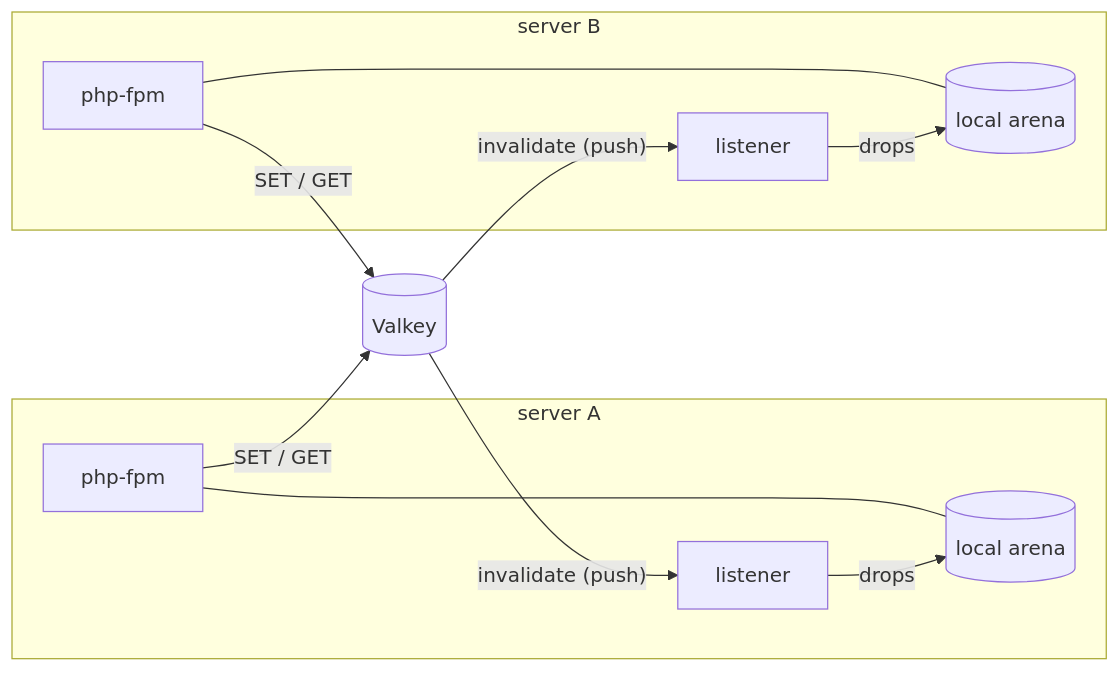
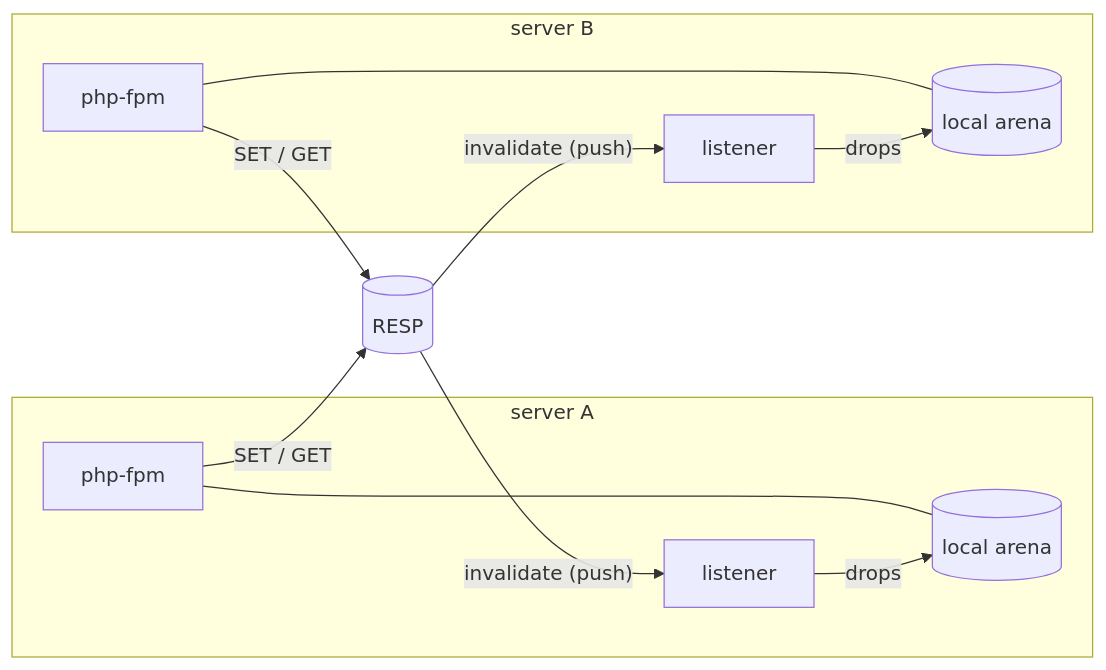
Before and after one commit to chrfritsch/nocopy: the diagram in docs/explanation/sharing.md, drawn with Mermaid. The commit also changed other lines of this file and 90 other files, not shown here.

First line of the commit message:
Rename the Valkey integration to RESP

````diff
--- a/docs/explanation/sharing.md
+++ b/docs/explanation/sharing.md
@@ -74,15 +74,15 @@
 ```mermaid
 flowchart LR
     subgraph A[server A]
       FA[php-fpm] --- LA[(local arena)]
       LIA[listener] -- drops --> LA
     end
     subgraph B[server B]
       FB[php-fpm] --- LB[(local arena)]
       LIB[listener] -- drops --> LB
     end
-    FA -- "SET / GET" --> V[(Valkey)]
+    FA -- "SET / GET" --> V[(RESP)]
     FB -- "SET / GET" --> V
     V -- "invalidate (push)" --> LIA
     V -- "invalidate (push)" --> LIB
 ```
````
